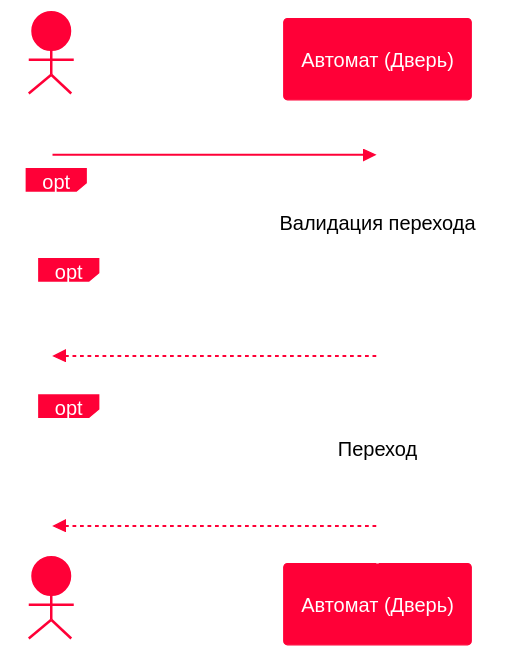
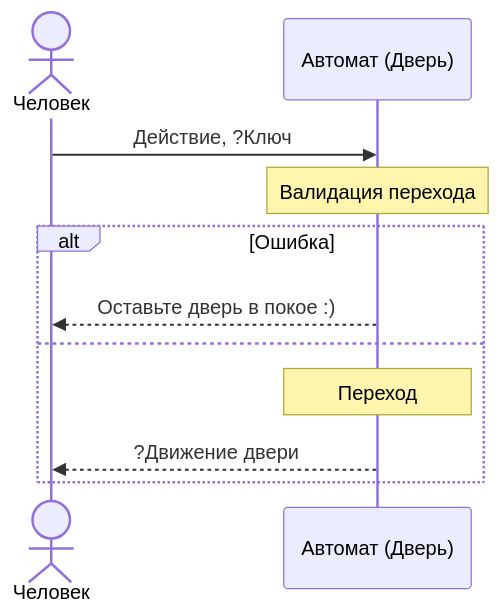
The first of 3 diagrams in Конечные автоматы как универсальный язык описания бизнес-логики/Материал доклада.md (Terqaz/presentations), drawn with Mermaid before and after one commit. The commit also changed other lines of this file and 13 other files, not shown here.

````diff
--- a/Конечные автоматы как универсальный язык описания бизнес-логики/Материал доклада.md
+++ b/Конечные автоматы как универсальный язык описания бизнес-логики/Материал доклада.md
@@ -112,40 +118,15 @@
 ```mermaid
-%%{
-  init: {
-    'theme': 'base',
-    'themeVariables': {
-        'actorBkg': '#ff0037',
-        'actorBorder': '#ff0037',
-        'actorTextColor': '#fff',
-        'actorLineColor': '#fff',
-        'signalColor': '#ff0037',
-        'signalTextColor': '#fff',
-        'labelBoxBkgColor': '#ff0037',
-        'labelBoxBorderColor': '#fff',
-        'labelTextColor': '#fff',
-        'loopTextColor': '#fff',
-        'activationBorderColor': '#fff',
-        'activationBkgColor': '#fff',
-        'sequenceNumberColor': '#fff',
-        'noteBkgColor': '#fff',
-        'noteTextColor': '#000',
-        'noteBorderColor': '#fff'
-    }
-  }
-}%%
 sequenceDiagram
     actor P as Человек
     participant A as Автомат (Дверь)
 
     P->>A: Действие, ?Ключ
-    opt
-        Note over A: Валидация перехода
-        opt Error
-            A-->>P: Оставьте дверь в покое :)
-        end
-    end
-    opt
+
+    Note over A: Валидация перехода
+    alt Ошибка
+        A-->>P: Оставьте дверь в покое :)
+    else
         Note over A: Переход
         A-->>P: ?Движение двери
     end
 ```
````
